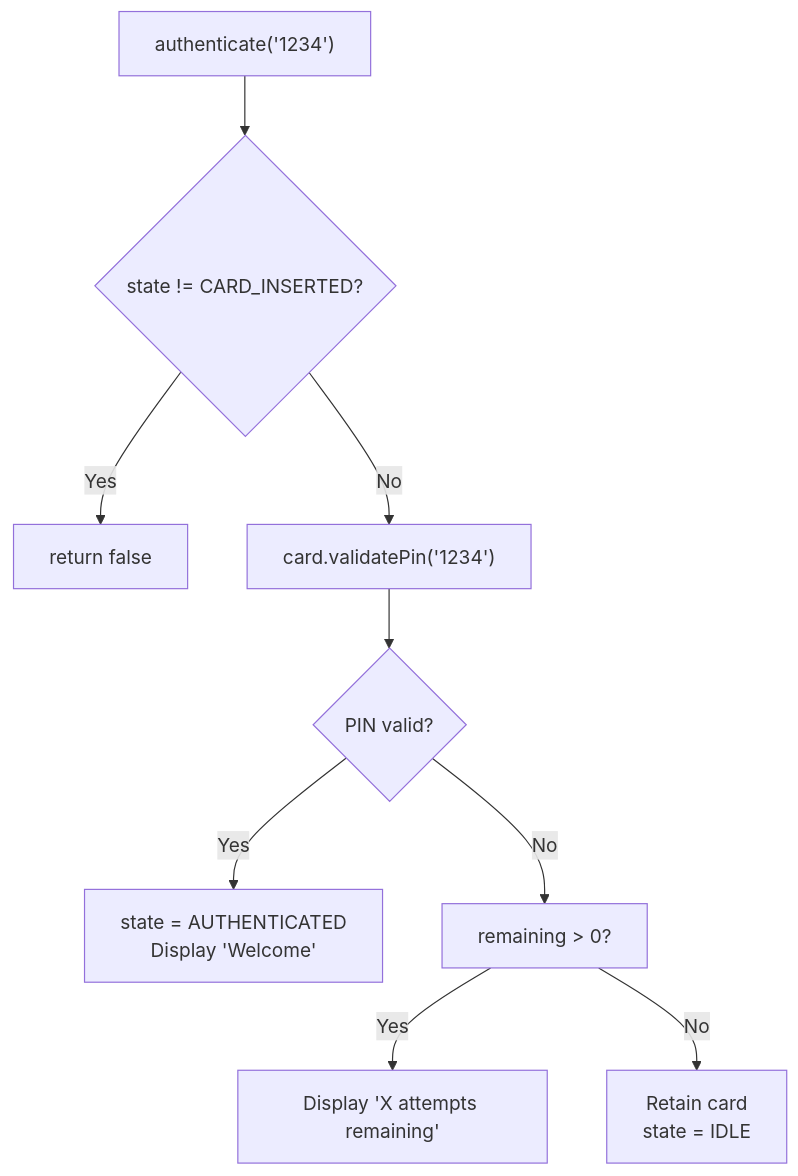
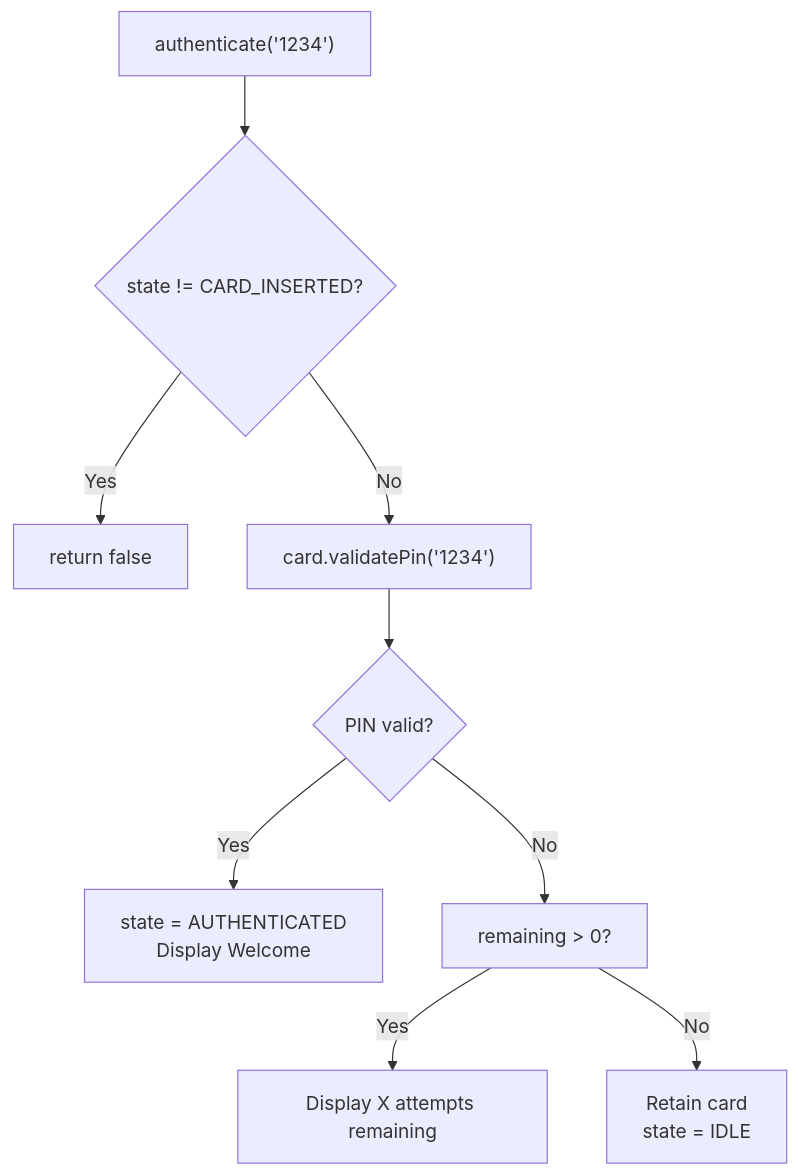
One commit to Prateeshtalasu/SystemDesignGuide changed diagram 13 of 13 in Phase-08-Low-Level-Design/04-atm-system/03-simulation-testing.md. Above: the diagram before and after it, drawn with Mermaid. The commit also changed other lines of this file and 171 other files, not shown here.

Commit message:
Convert ASCII diagrams to Mermaid in Phase-08-Low-Level-Design - Converted 2 ASCII diagrams (library-management state transition, elevator-system class diagram) to Mermaid - Validated all 100 existing Mermaid diagrams - Wrapped ASCII diagrams in collapsible details blocks for reference

````diff
--- a/Phase-08-Low-Level-Design/04-atm-system/03-simulation-testing.md
+++ b/Phase-08-Low-Level-Design/04-atm-system/03-simulation-testing.md
@@ -966,12 +992,12 @@
 ```mermaid
 flowchart TD
     start["authenticate('1234')"]
     start --> checkState{"state != CARD_INSERTED?"}
     checkState -->|Yes| badState["return false"]
     checkState -->|No| validate["card.validatePin('1234')"]
     validate --> success{"PIN valid?"}
-    success -->|Yes| auth["state = AUTHENTICATED<br/>Display 'Welcome'"]
+    success -->|Yes| auth["state = AUTHENTICATED<br/>Display Welcome"]
     success -->|No| handleFail["remaining > 0?"]
-    handleFail -->|Yes| retry["Display 'X attempts remaining'"]
+    handleFail -->|Yes| retry["Display X attempts remaining"]
     handleFail -->|No| block["Retain card<br/>state = IDLE"]
 ```
````
